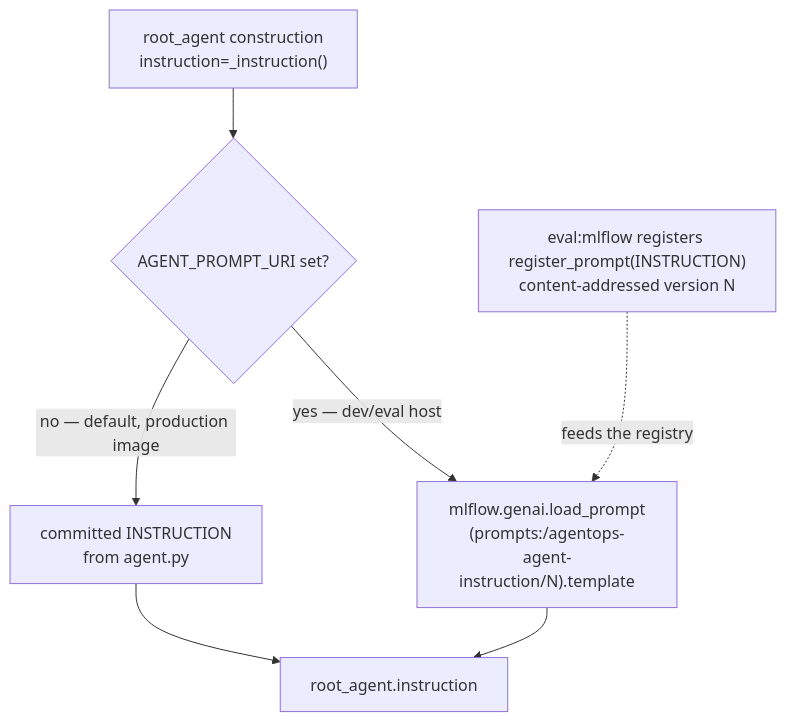
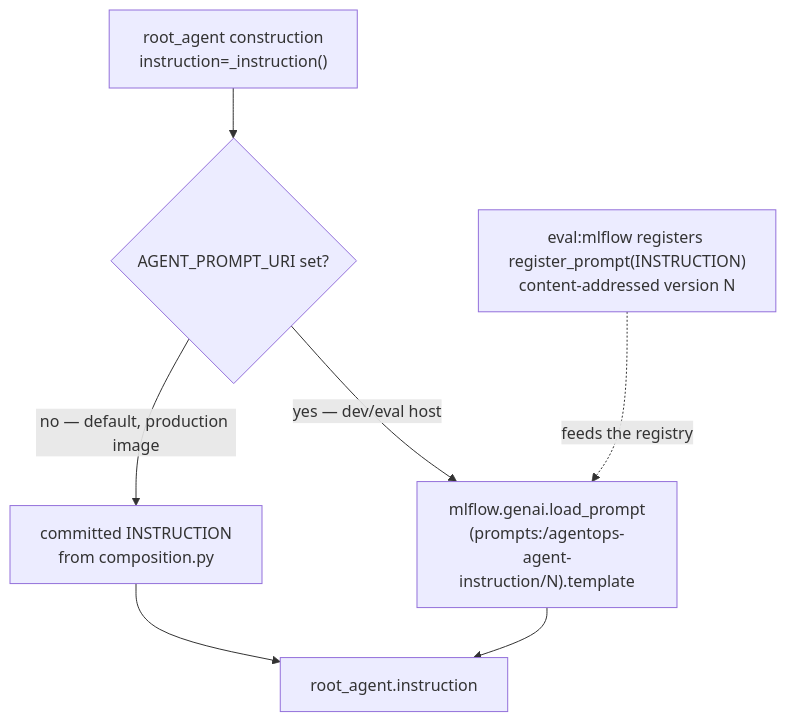
Before and after one commit to LuiGGi629/agentops-open-course: the third of 3 diagrams in docs/2. Agents/2.3. Instructions.md, drawn with Mermaid. The commit also changed other lines of this file and 121 other files, not shown here.

````diff
--- a/docs/2. Agents/2.3. Instructions.md
+++ b/docs/2. Agents/2.3. Instructions.md
@@ -241,9 +274,9 @@
 ```mermaid
 flowchart TD
     C["root_agent construction<br/>instruction=_instruction()"] --> Q{"AGENT_PROMPT_URI set?"}
-    Q -->|"no — default, production image"| I["committed INSTRUCTION<br/>from agent.py"]
+    Q -->|"no — default, production image"| I["committed INSTRUCTION<br/>from composition.py"]
     Q -->|"yes — dev/eval host"| L["mlflow.genai.load_prompt<br/>(prompts:/agentops-agent-instruction/N).template"]
     I --> A["root_agent.instruction"]
     L --> A
     R["eval:mlflow registers register_prompt(INSTRUCTION)<br/>content-addressed version N"] -.->|"feeds the registry"| L
 ```
````
